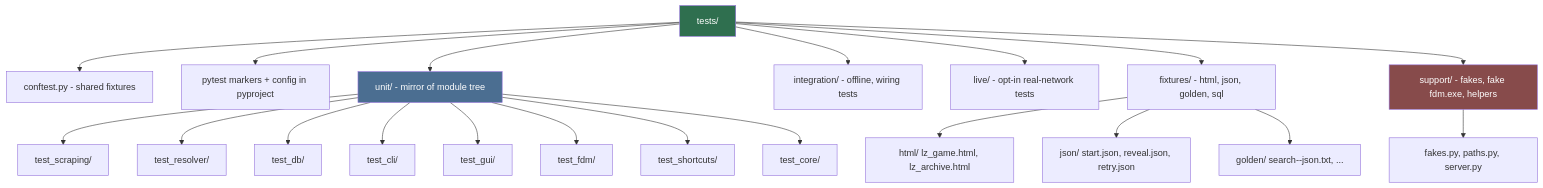
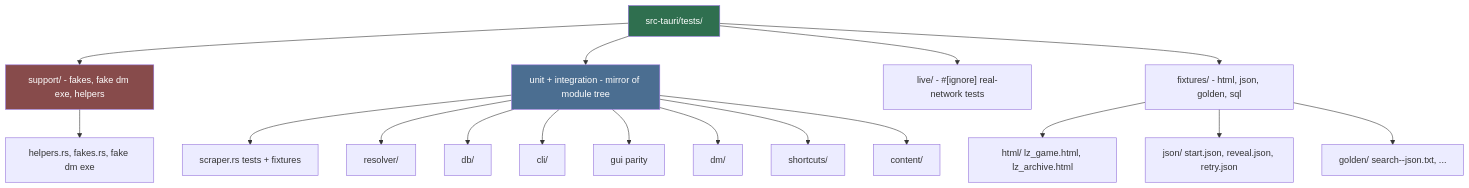
Before and after one commit to HELIX-Origin/LewdZone-Launcher: the first of 2 diagrams in .agents/agents/testing/test-suite-architect/test-suite-architect.md, drawn with Mermaid. The commit also changed other lines of this file and 217 other files, not shown here.

````diff
--- a/.agents/agents/testing/test-suite-architect/test-suite-architect.md
+++ b/.agents/agents/testing/test-suite-architect/test-suite-architect.md
@@ -32,28 +31,25 @@
 ```mermaid
 flowchart TD
-    T["tests/"] --> C[conftest.py - shared fixtures]
-    T --> PY[pytest markers + config in pyproject]
-    T --> U["unit/ - mirror of module tree"]
-    T --> I["integration/ - offline, wiring tests"]
-    T --> L["live/ - opt-in real-network tests"]
+    T["src-tauri/tests/"] --> S["support/ - fakes, fake dm exe, helpers"]
+    T --> U["unit + integration - mirror of module tree"]
+    T --> L["live/ - #[ignore] real-network tests"]
     T --> F["fixtures/ - html, json, golden, sql"]
-    T --> S["support/ - fakes, fake fdm.exe, helpers"]
 
-    U --> U1["test_scraping/"]
-    U --> U2["test_resolver/"]
-    U --> U3["test_db/"]
-    U --> U4["test_cli/"]
-    U --> U5["test_gui/"]
-    U --> U6["test_fdm/"]
-    U --> U7["test_shortcuts/"]
-    U --> U8["test_core/"]
+    U --> U1[scraper.rs tests + fixtures]
+    U --> U2[resolver/]
+    U --> U3[db/]
+    U --> U4[cli/]
+    U --> U5[gui parity]
+    U --> U6[dm/]
+    U --> U7[shortcuts/]
+    U --> U8[content/]
 
-    S --> SF[fakes.py, paths.py, server.py]
+    S --> SF[helpers.rs, fakes.rs, fake dm exe]
     F --> FH["html/ lz_game.html, lz_archive.html"]
     F --> FJ["json/ start.json, reveal.json, retry.json"]
     F --> FG["golden/ search--json.txt, ..."]
 
     style T fill:#2f6f4f,color:#fff
     style U fill:#4b6e91,color:#fff
     style S fill:#874b4b,color:#fff
 ```
````
